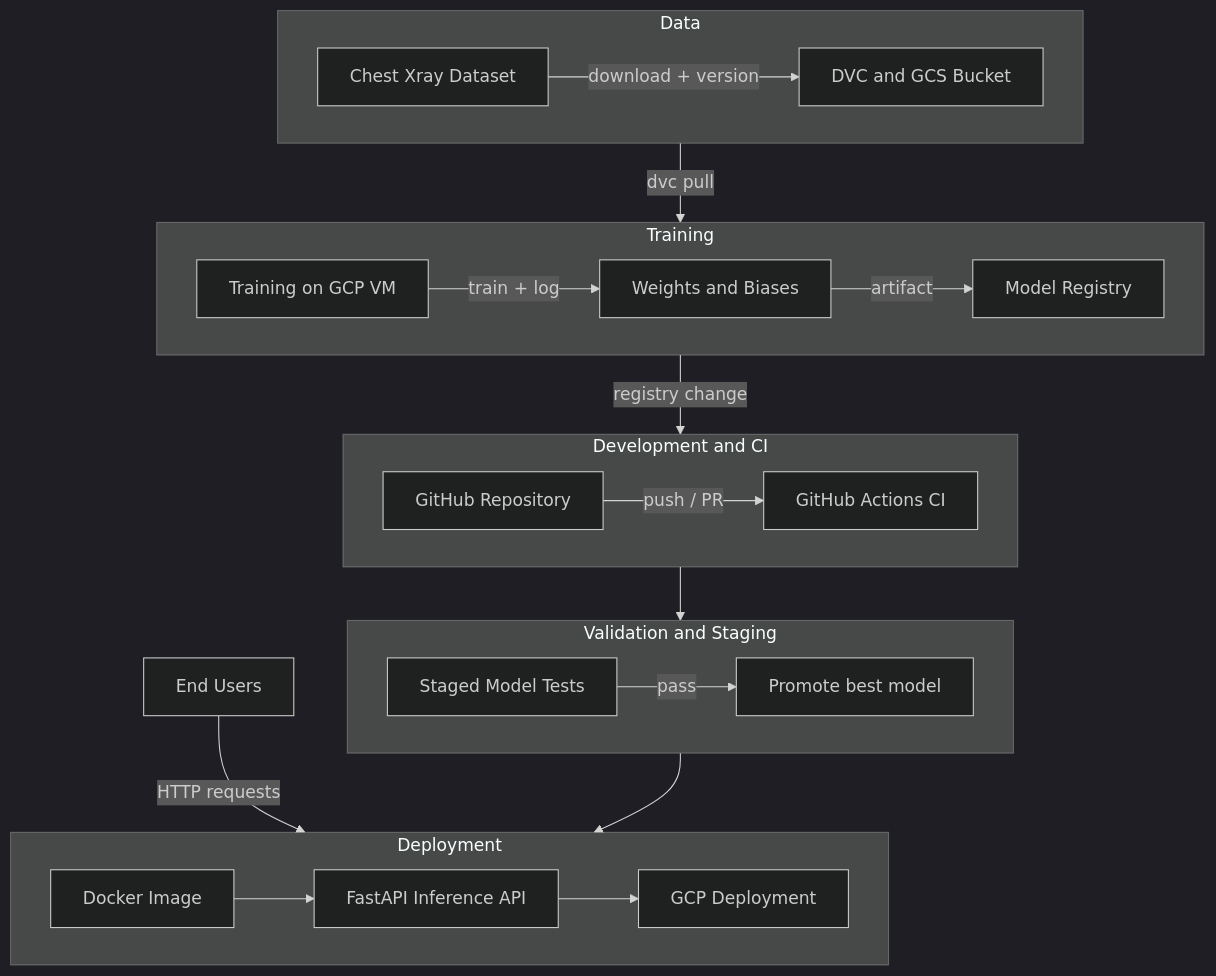
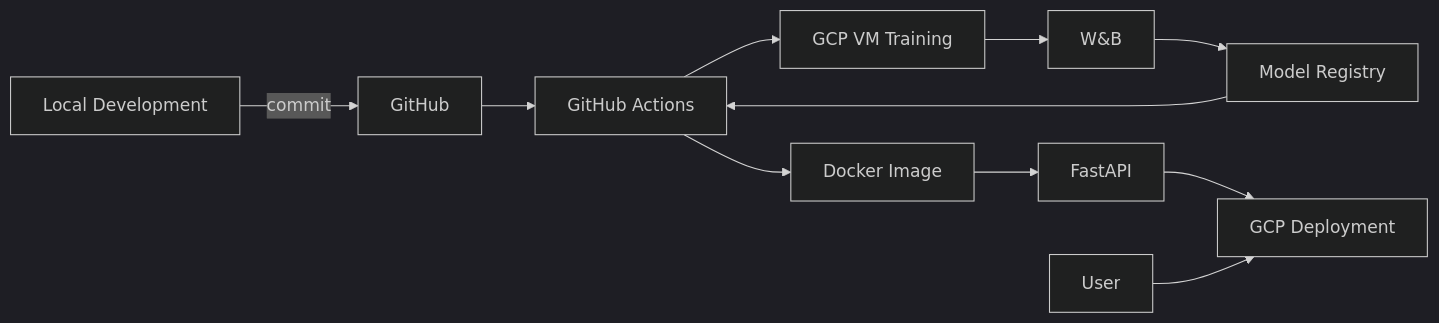
The diagram in docs/source/index.md (RABL1N/02476-Project), drawn with Mermaid (dark theme) before and after one commit.

Commit message:
Revise MLOps pipeline diagram in documentation
Updated the MLOps pipeline diagram to reflect changes in local development and deployment processes. Need to commit to see the look of the diagram :)

````diff
--- a/docs/source/index.md
+++ b/docs/source/index.md
@@ -55,41 +55,26 @@
 ```mermaid
-flowchart TB
+flowchart LR
 
-  %% ===== DEV + CI =====
-  subgraph DEV["Development and CI"]
-    direction LR
-    GH["GitHub Repository"] -->|push / PR| CI["GitHub Actions CI"]
-  end
+  DEV["Local Development"]
+  GH["GitHub"]
+  CI["GitHub Actions"]
+  TRAIN["GCP VM Training"]
+  WB["W&B"]
+  REG["Model Registry"]
+  IMG["Docker Image"]
+  API["FastAPI"]
+  DEPLOY["GCP Deployment"]
+  USER["User"]
 
-  %% ===== DATA =====
-  subgraph DATA["Data"]
-    direction LR
-    A["Chest Xray Dataset"] -->|download + version| B["DVC and GCS Bucket"]
-  end
+  DEV -->|commit| GH
+  GH --> CI
+  CI --> TRAIN
+  TRAIN --> WB
+  WB --> REG
+  REG --> CI
+  CI --> IMG
+  IMG --> API
+  API --> DEPLOY
+  USER --> DEPLOY
 
-  %% ===== TRAINING =====
-  subgraph TRAIN["Training"]
-    direction LR
-    B -->|dvc pull| VM["Training on GCP VM"]
-    VM -->|train + log| WB["Weights and Biases"]
-    WB -->|artifact| REG["Model Registry"]
-  end
-
-  %% ===== VALIDATION / STAGING =====
-  subgraph VALID["Validation and Staging"]
-    direction LR
-    REG -->|registry change| CI
-    CI --> ST["Staged Model Tests"]
-    ST -->|pass| TAG["Promote best model"]
-  end
-
-  %% ===== DEPLOYMENT =====
-  subgraph DEPLOY["Deployment"]
-    direction LR
-    TAG --> IMG["Docker Image"]
-    IMG --> API["FastAPI Inference API"]
-    API --> CLOUD["GCP Deployment"]
-  end
-
-  USER["End Users"] -->|HTTP requests| CLOUD
 ```
````
